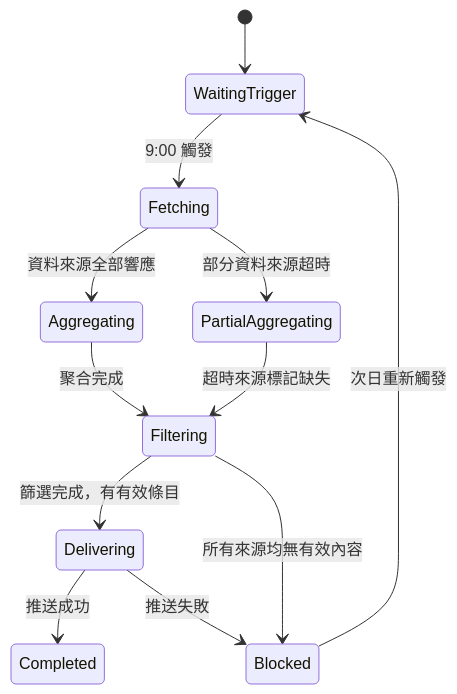
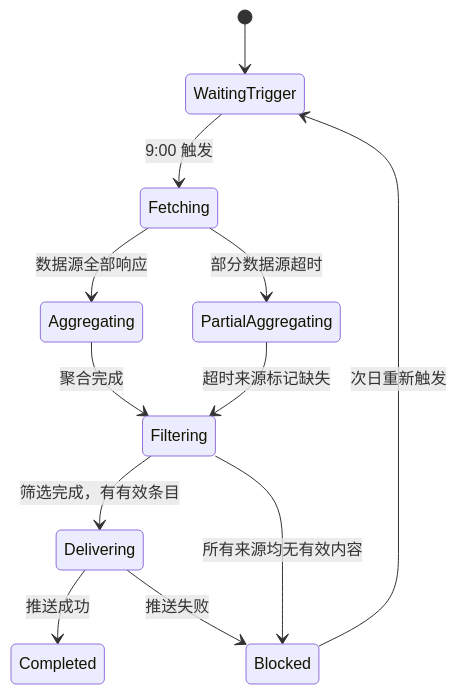
The diagram in docs/zh-tw/workbuddy/adv-automation-reliability/index.md (the-beating-light-of-the-nail/ai-tools-guide-site), drawn with Mermaid before and after one commit. The commit also changed other lines of this file and 136 other files, not shown here.

````diff
--- a/docs/zh-tw/workbuddy/adv-automation-reliability/index.md
+++ b/docs/zh-tw/workbuddy/adv-automation-reliability/index.md
@@ -54,14 +58,14 @@
 ```mermaid
 stateDiagram-v2
     [*] --> WaitingTrigger
-    WaitingTrigger --> Fetching: 9:00 觸發
-    Fetching --> Aggregating: 資料來源全部響應
-    Fetching --> PartialAggregating: 部分資料來源超時
+    WaitingTrigger --> Fetching: 9:00 触发
+    Fetching --> Aggregating: 数据源全部响应
+    Fetching --> PartialAggregating: 部分数据源超时
     Aggregating --> Filtering: 聚合完成
-    PartialAggregating --> Filtering: 超時來源標記缺失
-    Filtering --> Delivering: 篩選完成，有有效條目
-    Filtering --> Blocked: 所有來源均無有效內容
+    PartialAggregating --> Filtering: 超时来源标记缺失
+    Filtering --> Delivering: 筛选完成，有有效条目
+    Filtering --> Blocked: 所有来源均无有效内容
     Delivering --> Completed: 推送成功
-    Delivering --> Blocked: 推送失敗
-    Blocked --> WaitingTrigger: 次日重新觸發
+    Delivering --> Blocked: 推送失败
+    Blocked --> WaitingTrigger: 次日重新触发
 ```
````
